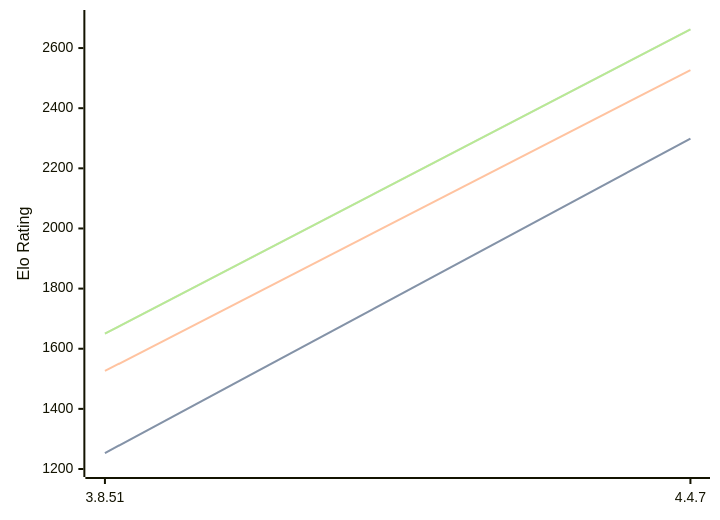
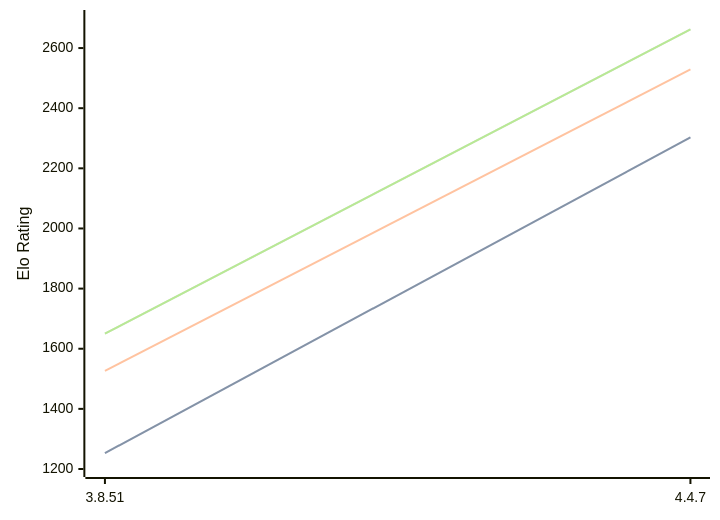
Before and after one commit to computer-chess-index/cci: the diagram in engines/Scoria.md, drawn with Mermaid. The commit also changed other lines of this file, not shown here.

````diff
--- a/engines/Scoria.md
+++ b/engines/Scoria.md
@@ -32,11 +32,11 @@
 ```mermaid
 %%{init: {"theme":"base","themeVariables":{"seriesColors:['#a3a3a3','#222221','#faa371']}}}%%
 xychart-beta
   x-axis ["3.8.51", "4.4.7"]
   y-axis "Elo Rating" 1200 --> 2700
-  line "" [1253, 2299]
-  line "STC (8.0+0.08s)" [1253, 2299]
-  line "LTC (60.0+0.60s)" [1526, 2527]
+  line "" [1253, 2303]
+  line "STC (8.0+0.08s)" [1253, 2303]
+  line "LTC (60.0+0.60s)" [1526, 2529]
   line "" [1650, 2662]
   line "VLTC (2m24s+1.12s)" [1650, 2662]
 ```
````
